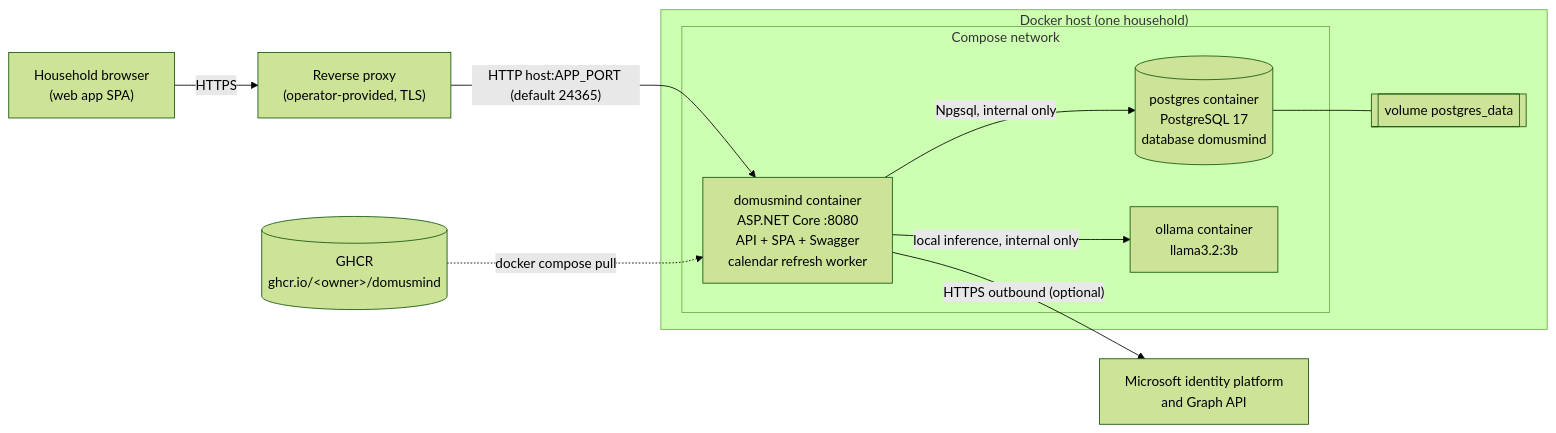
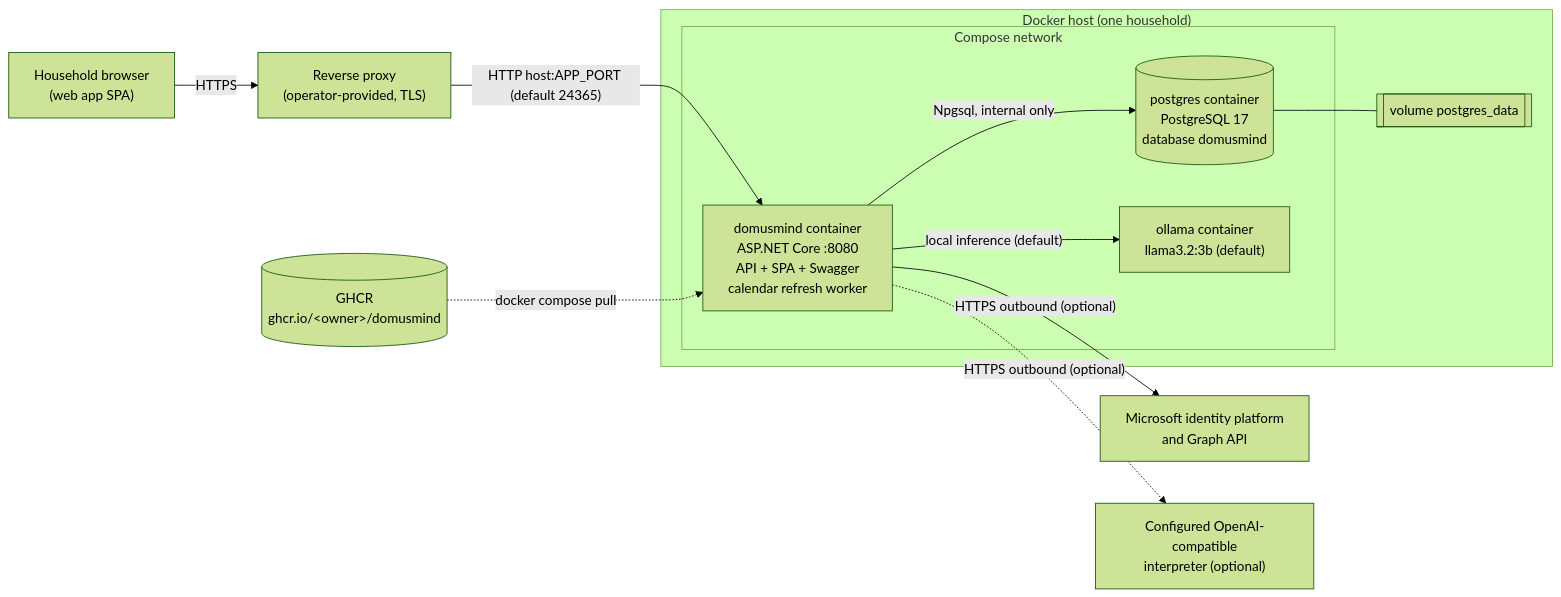
One commit to juangcarmona/domusmind changed the first of 2 diagrams in docs/architecture/07-deployment-view.md. Above: the diagram before and after it, drawn with Mermaid (forest theme). The commit also changed other lines of this file and 23 other files, not shown here.

````diff
--- a/docs/architecture/07-deployment-view.md
+++ b/docs/architecture/07-deployment-view.md
@@ -17,24 +17,26 @@
 ```mermaid
 flowchart LR
     browser["Household browser<br/>(web app SPA)"]
     proxy["Reverse proxy<br/>(operator-provided, TLS)"]
     ghcr[("GHCR<br/>ghcr.io/&lt;owner&gt;/domusmind")]
     graphApi["Microsoft identity platform<br/>and Graph API"]
+    interpreterApi["Configured OpenAI-compatible<br/>interpreter (optional)"]
 
     subgraph host["Docker host (one household)"]
         subgraph compose["Compose network"]
             app["domusmind container<br/>ASP.NET Core :8080<br/>API + SPA + Swagger<br/>calendar refresh worker"]
             db[("postgres container<br/>PostgreSQL 17<br/>database domusmind")]
-            ollama["ollama container<br/>llama3.2:3b"]
+            ollama["ollama container<br/>llama3.2:3b (default)"]
         end
         vol[["volume postgres_data"]]
     end
 
     browser -- HTTPS --> proxy
     proxy -- "HTTP host:APP_PORT (default 24365)" --> app
     app -- "Npgsql, internal only" --> db
     db --- vol
-    app -- "local inference, internal only" --> ollama
+    app -- "local inference (default)" --> ollama
+    app -. "HTTPS outbound (optional)" .-> interpreterApi
     app -- "HTTPS outbound (optional)" --> graphApi
     ghcr -. "docker compose pull" .-> app
 ```
````
